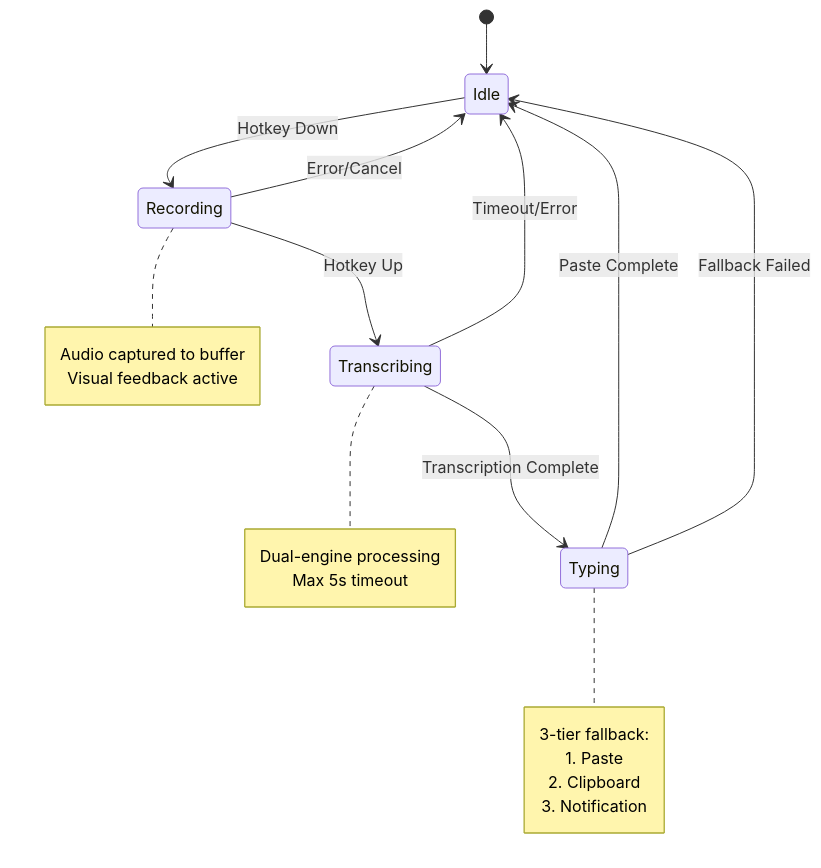
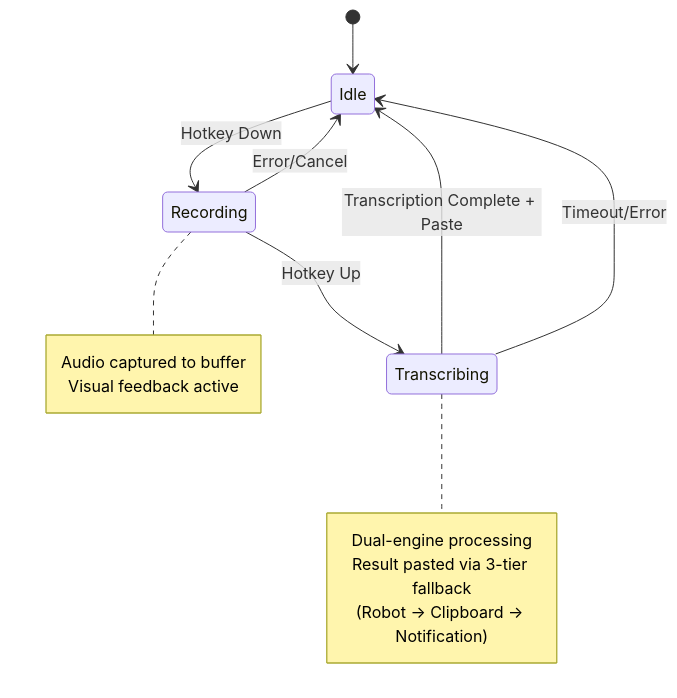
The second of 6 diagrams in docs/diagrams/data-flow-diagram.md (phillippitts/speakToMack), drawn with Mermaid before and after one commit. The commit also changed other lines of this file and 18 other files, not shown here.

````diff
--- a/docs/diagrams/data-flow-diagram.md
+++ b/docs/diagrams/data-flow-diagram.md
@@ -66,30 +66,22 @@
 ```mermaid
 stateDiagram-v2
     [*] --> Idle
     
     Idle --> Recording : Hotkey Down
     Recording --> Transcribing : Hotkey Up
-    Transcribing --> Typing : Transcription Complete
-    Typing --> Idle : Paste Complete
-    
+    Transcribing --> Idle : Transcription Complete + Paste
+
     Recording --> Idle : Error/Cancel
     Transcribing --> Idle : Timeout/Error
-    Typing --> Idle : Fallback Failed
-    
+
     note right of Recording
         Audio captured to buffer
         Visual feedback active
     end note
-    
+
     note right of Transcribing
         Dual-engine processing
-        Max 5s timeout
-    end note
-    
-    note right of Typing
-        3-tier fallback:
-        1. Paste
-        2. Clipboard
-        3. Notification
+        Result pasted via 3-tier fallback
+        (Robot → Clipboard → Notification)
     end note
 ```
````
